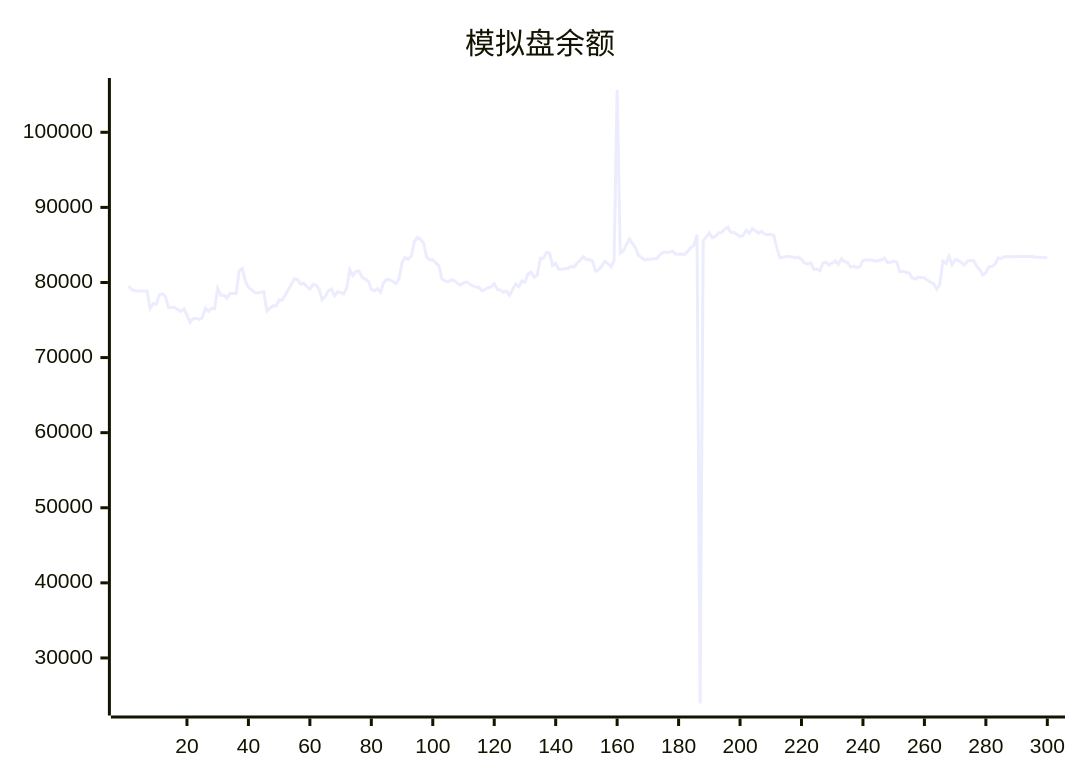
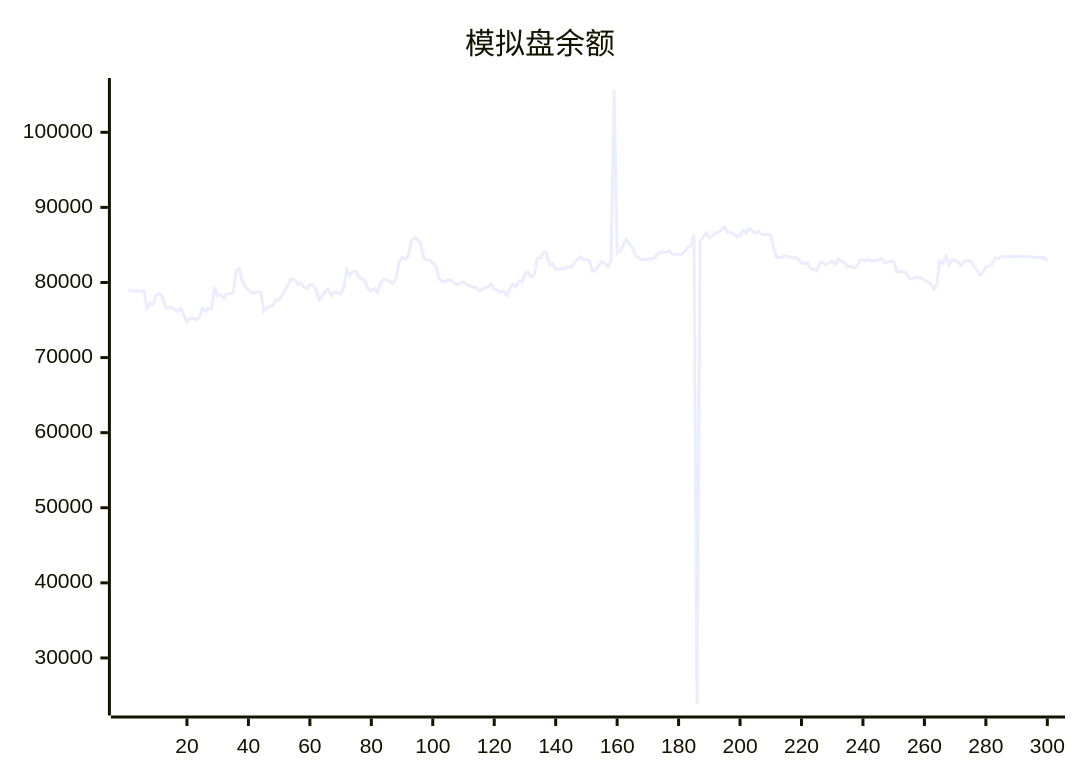
One commit to aahl/ai-trading changed the diagram in README.md. Above: the diagram before and after it, drawn with Mermaid. The commit also changed other lines of this file and 1 other file, not shown here.

````diff
--- a/README.md
+++ b/README.md
@@ -5,5 +5,5 @@
 ```mermaid
 xychart
     title "模拟盘余额"
-    line [79518,79071,78889,78850,78850,78878,78878,76554,77202,77103,78357,78510,78106,76678,76677,76672,76411,76159,76485,75656,74695,75197,75246,75052,75334,76564,76179,76553,76551,79196,78300,78300,77944,78531,78531,78521,81564,81884,80160,79335,79055,78675,78580,78708,78764,76179,76586,76902,76876,77658,77669,78346,79023,79769,80497,80366,79761,79896,79448,79126,79749,79658,79097,77695,78114,78888,79126,78249,78738,78653,78478,79271,81680,80923,81488,81527,80681,80455,80190,79084,78879,79193,78686,79954,80403,80374,80118,79848,80491,82665,83351,83098,83525,85430,85983,85737,85221,83378,83014,83043,82613,82216,80477,80208,80081,80348,80277,79894,79670,79965,80093,79786,79542,79406,79371,78893,79087,79304,79406,79841,79072,78978,78696,78846,78272,79085,79787,79442,80198,80031,81120,81379,80718,80985,83214,83212,83993,83921,82270,82547,81776,81776,81866,81866,82158,82061,82596,83000,83408,83041,83050,82858,81503,81691,82188,82812,82517,82092,82901,105633,83898,84180,85030,85781,85178,84604,83569,83298,83008,83093,83107,83175,83228,83729,84025,84017,84019,84177,83775,83762,83785,83738,84160,84639,84939,86370,23934,85548,86046,86599,85942,86161,86622,86664,87115,87369,86666,86685,86384,86152,86243,86969,86548,87164,86885,86566,86809,86427,86348,86417,86273,84538,83299,83369,83430,83490,83404,83270,83362,83056,82605,82459,82614,81734,81788,81551,82598,82702,82320,82580,82878,82426,83139,82778,82686,82056,82166,81963,82110,82951,82983,82984,83038,82838,82915,82998,83235,82642,82682,82858,82746,81396,81512,81362,81277,80600,80461,80699,80673,80616,80288,80038,79836,79142,79722,82837,82533,83480,82366,83032,82960,82654,82330,82883,82934,82901,82188,81728,81005,81298,82110,82135,82449,83264,83203,83440,83439,83440,83440,83446,83447,83448,83447,83448,83449,83369,83369,83369,83313,83256]
+    line [79071,78889,78850,78850,78878,78878,76554,77202,77103,78357,78510,78106,76678,76677,76672,76411,76159,76485,75656,74695,75197,75246,75052,75334,76564,76179,76553,76551,79196,78300,78300,77944,78531,78531,78521,81564,81884,80160,79335,79055,78675,78580,78708,78764,76179,76586,76902,76876,77658,77669,78346,79023,79769,80497,80366,79761,79896,79448,79126,79749,79658,79097,77695,78114,78888,79126,78249,78738,78653,78478,79271,81680,80923,81488,81527,80681,80455,80190,79084,78879,79193,78686,79954,80403,80374,80118,79848,80491,82665,83351,83098,83525,85430,85983,85737,85221,83378,83014,83043,82613,82216,80477,80208,80081,80348,80277,79894,79670,79965,80093,79786,79542,79406,79371,78893,79087,79304,79406,79841,79072,78978,78696,78846,78272,79085,79787,79442,80198,80031,81120,81379,80718,80985,83214,83212,83993,83921,82270,82547,81776,81776,81866,81866,82158,82061,82596,83000,83408,83041,83050,82858,81503,81691,82188,82812,82517,82092,82901,105633,83898,84180,85030,85781,85178,84604,83569,83298,83008,83093,83107,83175,83228,83729,84025,84017,84019,84177,83775,83762,83785,83738,84160,84639,84939,86370,23934,85548,86046,86599,85942,86161,86622,86664,87115,87369,86666,86685,86384,86152,86243,86969,86548,87164,86885,86566,86809,86427,86348,86417,86273,84538,83299,83369,83430,83490,83404,83270,83362,83056,82605,82459,82614,81734,81788,81551,82598,82702,82320,82580,82878,82426,83139,82778,82686,82056,82166,81963,82110,82951,82983,82984,83038,82838,82915,82998,83235,82642,82682,82858,82746,81396,81512,81362,81277,80600,80461,80699,80673,80616,80288,80038,79836,79142,79722,82837,82533,83480,82366,83032,82960,82654,82330,82883,82934,82901,82188,81728,81005,81298,82110,82135,82449,83264,83203,83440,83439,83440,83440,83446,83447,83448,83447,83448,83449,83369,83369,83369,83313,83256,82872]
 ```
````
